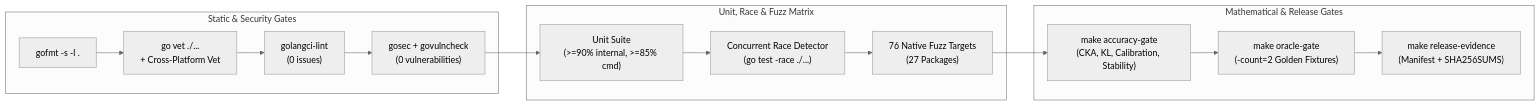
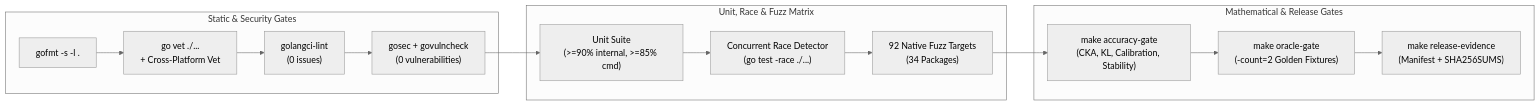
Before and after one commit to 23skdu/BurnNotice: the diagram in docs/testing.md, drawn with Mermaid (neutral theme). The commit also changed other lines of this file and 1 other file, not shown here.

Commit message:
docs: fix fuzz count (72->92) and metrics count (50+->55+)

````diff
--- a/docs/testing.md
+++ b/docs/testing.md
@@ -11,23 +11,23 @@
 ```mermaid
 flowchart LR
     subgraph Static["Static & Security Gates"]
         FMT["gofmt -s -l ."]
         VET["go vet ./...\n+ Cross-Platform Vet"]
         LINT["golangci-lint\n(0 issues)"]
         SEC["gosec + govulncheck\n(0 vulnerabilities)"]
     end
 
     subgraph Dynamic["Unit, Race & Fuzz Matrix"]
         UNIT["Unit Suite\n(>=90% internal, >=85% cmd)"]
         RACE["Concurrent Race Detector\n(go test -race ./...)"]
-        FUZZ["76 Native Fuzz Targets\n(27 Packages)"]
+        FUZZ["92 Native Fuzz Targets\n(34 Packages)"]
     end
 
     subgraph Invariants["Mathematical & Release Gates"]
         ACC["make accuracy-gate\n(CKA, KL, Calibration, Stability)"]
         ORA["make oracle-gate\n(-count=2 Golden Fixtures)"]
         EVID["make release-evidence\n(Manifest + SHA256SUMS)"]
     end
 
     FMT --> VET --> LINT --> SEC --> UNIT --> RACE --> FUZZ --> ACC --> ORA --> EVID
 ```
````
